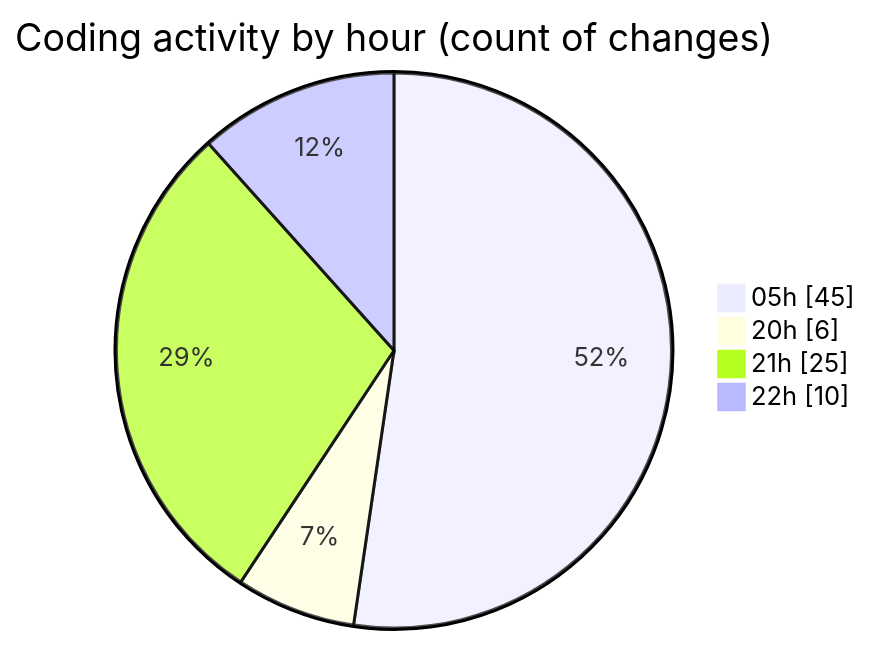
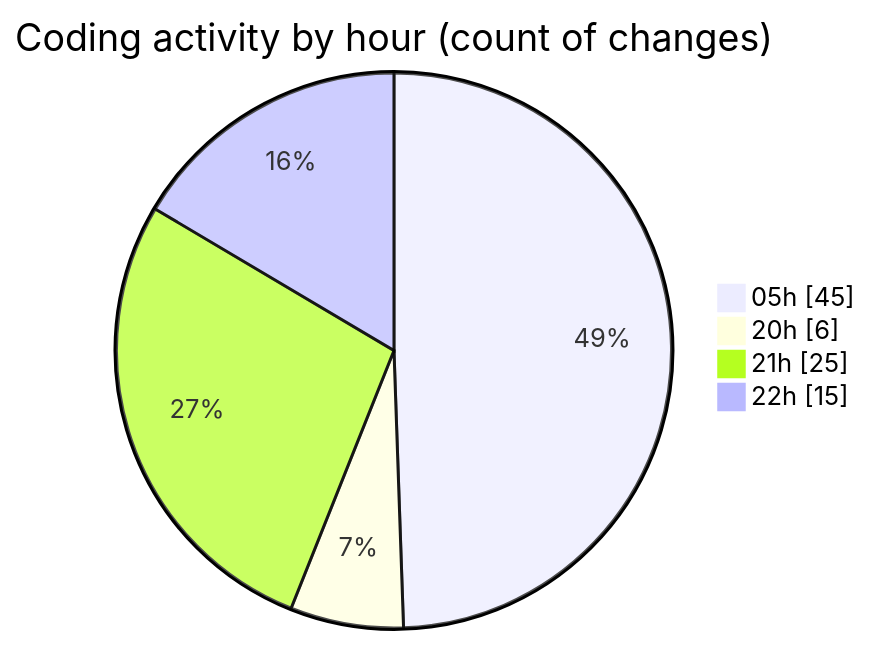
The second of 2 diagrams in 2025-08-05/napxuvn/README.md (lephambinh05/code-tracking), drawn with Mermaid before and after one commit. The commit also changed other lines of this file and 1 other file, not shown here.

````diff
--- a/2025-08-05/napxuvn/README.md
+++ b/2025-08-05/napxuvn/README.md
@@ -76,8 +78,8 @@
 ```mermaid
 pie showData
 title Coding activity by hour (count of changes)
 "05h" : 45
 "20h" : 6
 "21h" : 25
-"22h" : 10
+"22h" : 15
 ```
````
